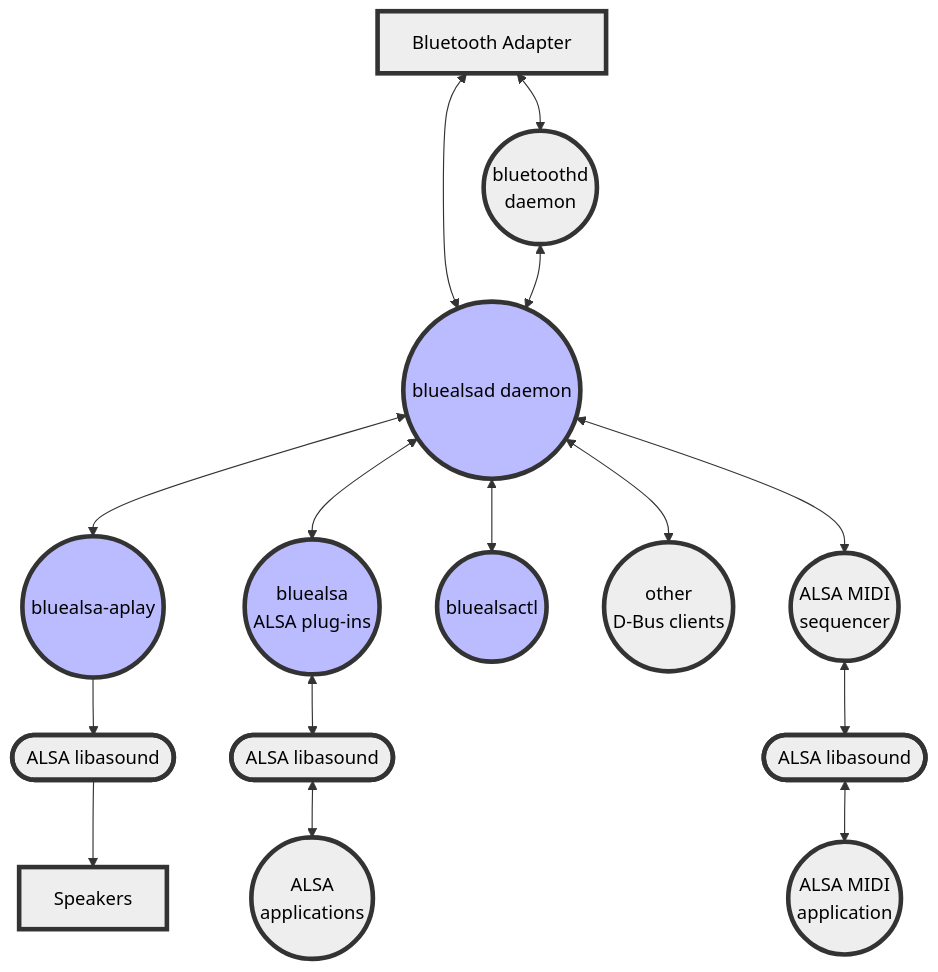
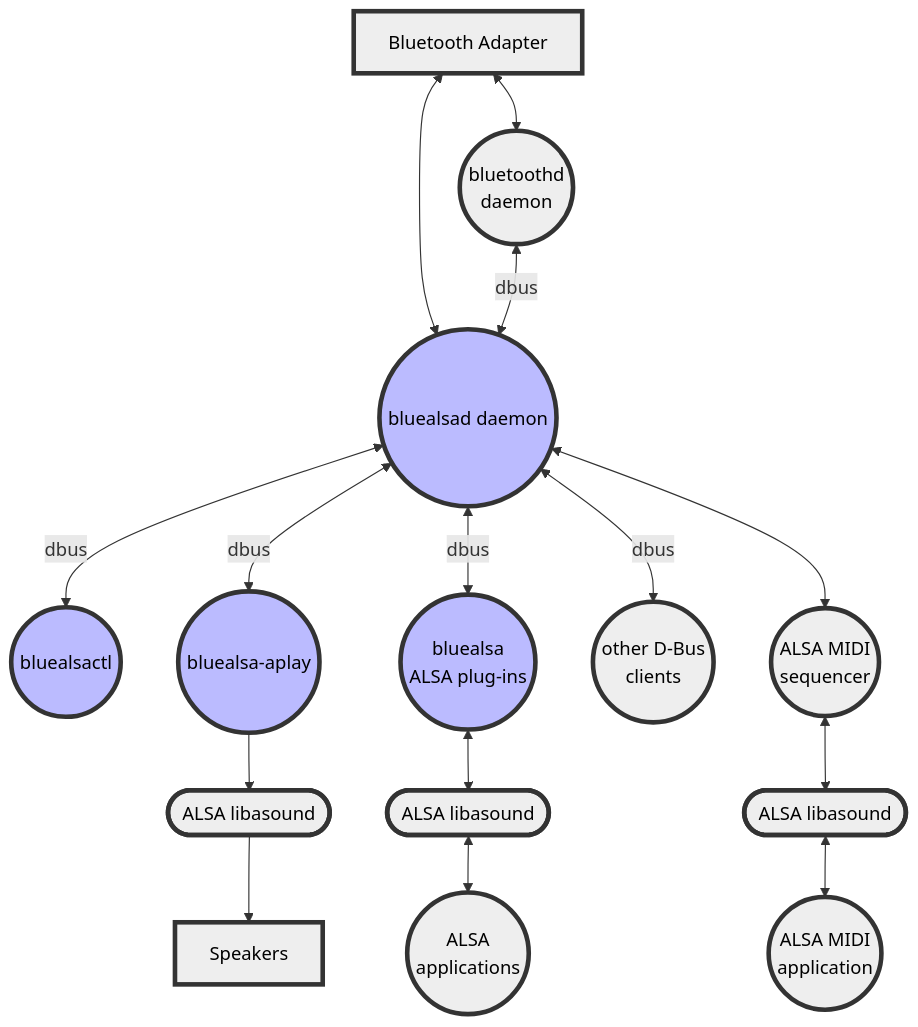
One commit to arkq/bluez-alsa changed the diagram in README.md. Above: the diagram before and after it, drawn with Mermaid.

Commit message:
README.md: fix newlines in mermaid diagram

````diff
--- a/README.md
+++ b/README.md
@@ -51,23 +51,23 @@
 ```mermaid
 flowchart TD
 classDef external fill:#eee,stroke:#333,stroke-width:4px,color:black;
 classDef bluealsa fill:#bbf,stroke:#333,stroke-width:4px,color:black;
 
-A[Bluetooth Adapter] <--> B((bluetoothd\ndaemon))
+A[Bluetooth Adapter] <--> B((bluetoothd<br/>daemon))
 A <--> C((bluealsad daemon))
-B <--> C
-C <--> D((bluealsa-aplay))
+B <-- dbus --> C
+C <-- dbus --> G((bluealsactl))
+C <-- dbus --> D((bluealsa-aplay))
 D --> E([ALSA libasound])
 E --> K[Speakers]
-C <--> F((bluealsa\nALSA plug-ins))
-C <--> G((bluealsactl))
+C <-- dbus --> F((bluealsa<br/>ALSA plug-ins))
 F <--> H([ALSA libasound])
-H <--> I((ALSA\napplications))
-C <--> J((other\nD-Bus clients))
-C <--> L((ALSA MIDI\nsequencer))
+H <--> I((ALSA<br/>applications))
+C <-- dbus --> J(("other D-Bus<br/>clients"))
+C <--> L((ALSA MIDI<br/>sequencer))
 L <--> M([ALSA libasound])
-M <--> N((ALSA MIDI\napplication))
+M <--> N((ALSA MIDI<br/>application))
 
 class A,B,E,H,I,J,K,L,M,N external;
 class C,D,F,G bluealsa;
 ```
````
